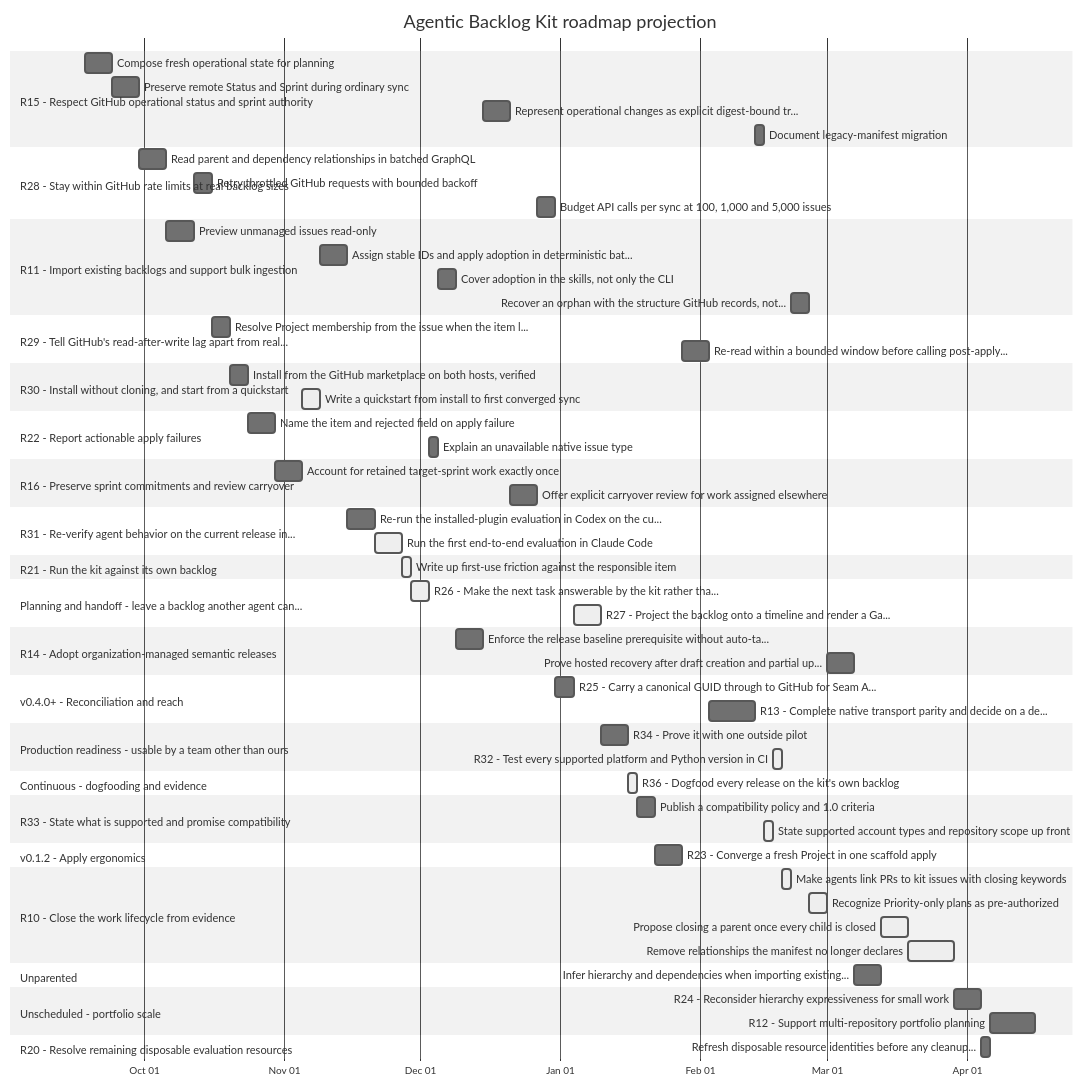
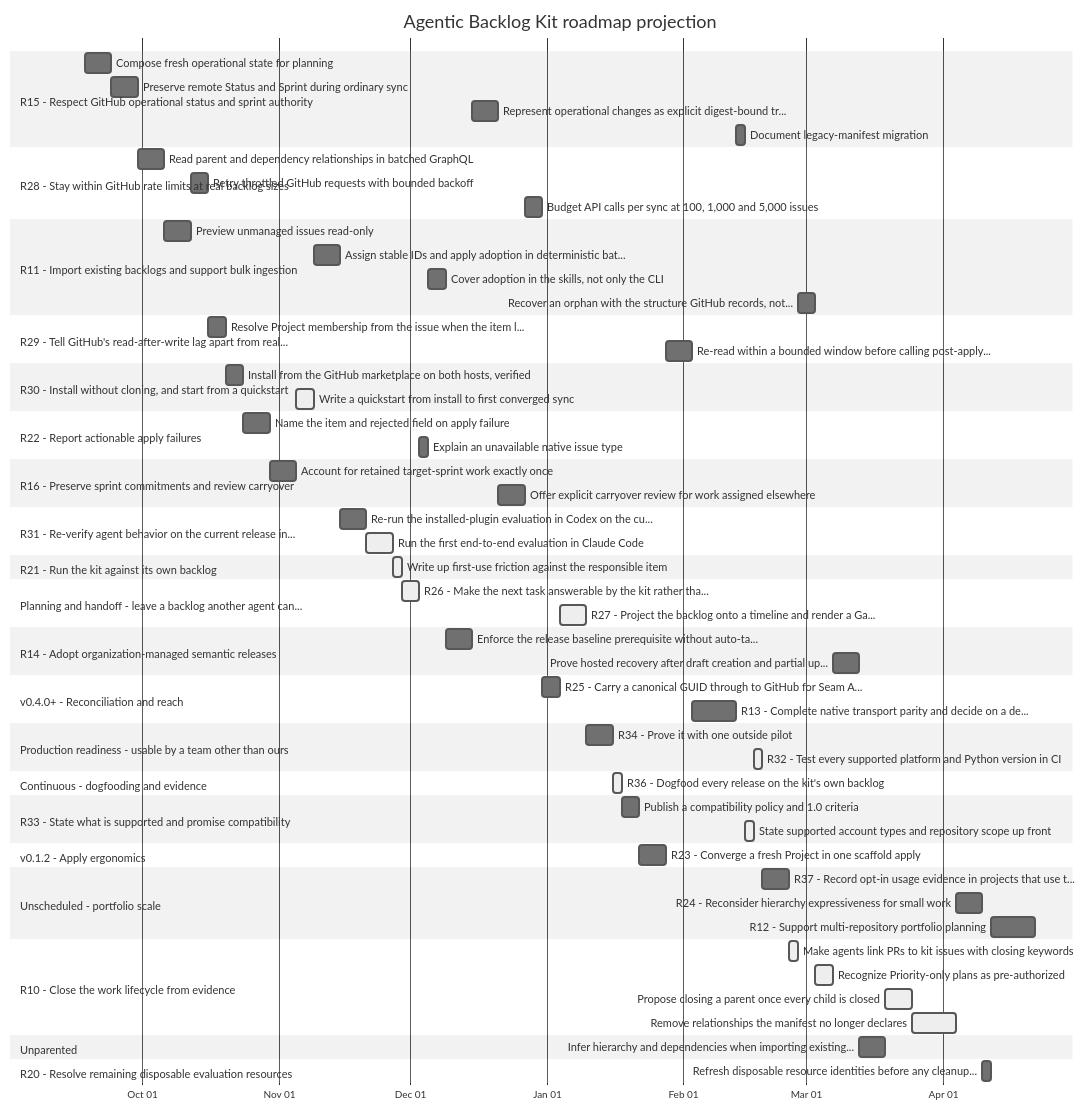
The diagram in docs/roadmap-gantt.md (aegolius-labs/agentic-backlog-kit), drawn with Mermaid (neutral theme) before and after one commit. The commit also changed other lines of this file and 2 other files, not shown here.

````diff
--- a/docs/roadmap-gantt.md
+++ b/docs/roadmap-gantt.md
@@ -17,69 +17,70 @@
 ```mermaid
 gantt
     title Agentic Backlog Kit roadmap projection
     dateFormat YYYY-MM-DD
     axisFormat %b %d
 
     section R15 - Respect GitHub operational status and sprint authority
     Compose fresh operational state for planning :S-R15-1, 2026-09-18, 6d
     Preserve remote Status and Sprint during ordinary sync :S-R15-2, 2026-09-24, 6d
     Represent operational changes as explicit digest-bound tr... :S-R15-3, 2026-12-15, 6d
     Document legacy-manifest migration :S-R15-4, 2027-02-13, 2d
     section R28 - Stay within GitHub rate limits at real backlog sizes
     Read parent and dependency relationships in batched GraphQL :S-R28-1, 2026-09-30, 6d
     Retry throttled GitHub requests with bounded backoff :S-R28-2, 2026-10-12, 4d
     Budget API calls per sync at 100, 1,000 and 5,000 issues :S-R28-3, 2026-12-27, 4d
     section R11 - Import existing backlogs and support bulk ingestion
     Preview unmanaged issues read-only :S-R11-1, 2026-10-06, 6d
     Assign stable IDs and apply adoption in deterministic bat... :S-R11-2, 2026-11-09, 6d
     Cover adoption in the skills, not only the CLI :S-R11-3, 2026-12-05, 4d
-    Recover an orphan with the structure GitHub records, not... :S-R11-4, 2027-02-21, 4d
+    Recover an orphan with the structure GitHub records, not... :S-R11-4, 2027-02-27, 4d
     section R29 - Tell GitHub's read-after-write lag apart from real...
     Resolve Project membership from the issue when the item l... :S-R29-1, 2026-10-16, 4d
     Re-read within a bounded window before calling post-apply... :S-R29-2, 2027-01-28, 6d
     section R30 - Install without cloning, and start from a quickstart
     Install from the GitHub marketplace on both hosts, verified :S-R30-1, 2026-10-20, 4d
     Write a quickstart from install to first converged sync :active, S-R30-2, 2026-11-05, 4d
     section R22 - Report actionable apply failures
     Name the item and rejected field on apply failure :S-R22-1, 2026-10-24, 6d
     Explain an unavailable native issue type :S-R22-2, 2026-12-03, 2d
     section R16 - Preserve sprint commitments and review carryover
     Account for retained target-sprint work exactly once :S-R16-1, 2026-10-30, 6d
     Offer explicit carryover review for work assigned elsewhere :S-R16-2, 2026-12-21, 6d
     section R31 - Re-verify agent behavior on the current release in...
     Re-run the installed-plugin evaluation in Codex on the cu... :S-R31-1, 2026-11-15, 6d
     Run the first end-to-end evaluation in Claude Code :active, S-R31-2, 2026-11-21, 6d
     section R21 - Run the kit against its own backlog
     Write up first-use friction against the responsible item :active, S-R21-3, 2026-11-27, 2d
     section Planning and handoff - leave a backlog another agent can...
     R26 - Make the next task answerable by the kit rather tha... :active, R26, 2026-11-29, 4d
     R27 - Project the backlog onto a timeline and render a Ga... :active, R27, 2027-01-04, 6d
     section R14 - Adopt organization-managed semantic releases
     Enforce the release baseline prerequisite without auto-ta... :S-R14-1, 2026-12-09, 6d
-    Prove hosted recovery after draft creation and partial up... :S-R14-2, 2027-03-01, 6d
+    Prove hosted recovery after draft creation and partial up... :S-R14-2, 2027-03-07, 6d
     section v0.4.0+ - Reconciliation and reach
     R25 - Carry a canonical GUID through to GitHub for Seam A... :R25, 2026-12-31, 4d
     R13 - Complete native transport parity and decide on a de... :R13, 2027-02-03, 10d
     section Production readiness - usable by a team other than ours
     R34 - Prove it with one outside pilot :R34, 2027-01-10, 6d
     R32 - Test every supported platform and Python version in CI :active, R32, 2027-02-17, 2d
     section Continuous - dogfooding and evidence
     R36 - Dogfood every release on the kit's own backlog :active, R36, 2027-01-16, 2d
     section R33 - State what is supported and promise compatibility
     Publish a compatibility policy and 1.0 criteria :S-R33-2, 2027-01-18, 4d
     State supported account types and repository scope up front :active, S-R33-1, 2027-02-15, 2d
     section v0.1.2 - Apply ergonomics
     R23 - Converge a fresh Project in one scaffold apply :R23, 2027-01-22, 6d
+    section Unscheduled - portfolio scale
+    R37 - Record opt-in usage evidence in projects that use t... :R37, 2027-02-19, 6d
+    R24 - Reconsider hierarchy expressiveness for small work :R24, 2027-04-04, 6d
+    R12 - Support multi-repository portfolio planning :R12, 2027-04-12, 10d
     section R10 - Close the work lifecycle from evidence
-    Make agents link PRs to kit issues with closing keywords :active, S-R10-1, 2027-02-19, 2d
-    Recognize Priority-only plans as pre-authorized :active, S-R10-4, 2027-02-25, 4d
-    Propose closing a parent once every child is closed :active, S-R10-2, 2027-03-13, 6d
-    Remove relationships the manifest no longer declares :active, S-R10-3, 2027-03-19, 10d
+    Make agents link PRs to kit issues with closing keywords :active, S-R10-1, 2027-02-25, 2d
+    Recognize Priority-only plans as pre-authorized :active, S-R10-4, 2027-03-03, 4d
+    Propose closing a parent once every child is closed :active, S-R10-2, 2027-03-19, 6d
+    Remove relationships the manifest no longer declares :active, S-R10-3, 2027-03-25, 10d
     section Unparented
-    Infer hierarchy and dependencies when importing existing... :GH-63, 2027-03-07, 6d
-    section Unscheduled - portfolio scale
-    R24 - Reconsider hierarchy expressiveness for small work :R24, 2027-03-29, 6d
-    R12 - Support multi-repository portfolio planning :R12, 2027-04-06, 10d
+    Infer hierarchy and dependencies when importing existing... :GH-63, 2027-03-13, 6d
     section R20 - Resolve remaining disposable evaluation resources
-    Refresh disposable resource identities before any cleanup... :S-R20-1, 2027-04-04, 2d
+    Refresh disposable resource identities before any cleanup... :S-R20-1, 2027-04-10, 2d
 ```
````
